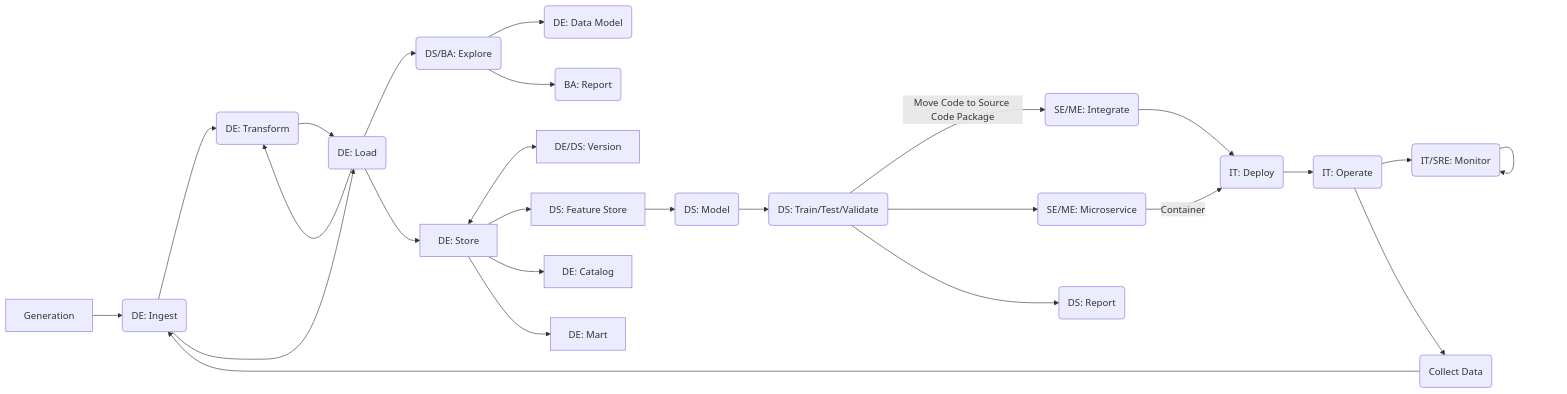
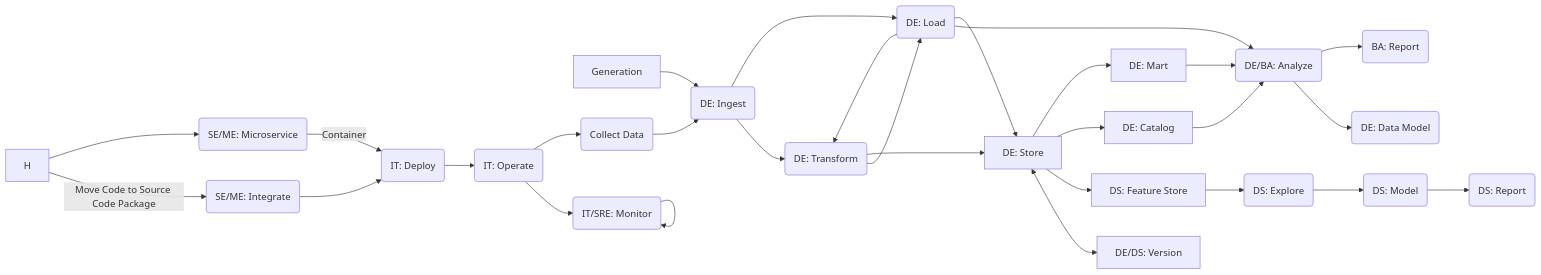
The diagram in docs/docs/index.md (mraarone/dsbaseline), drawn with Mermaid before and after one commit.

````diff
--- a/docs/docs/index.md
+++ b/docs/docs/index.md
@@ -118,16 +118,17 @@
 ```mermaid
 flowchart LR
-    A[Generation] --> B(DE: Ingest) --> C(DE: Transform) --> D(DE: Load) --> E(DS/BA: Explore) --> G(DE: Data Model)
+    A[Generation] --> B(DE: Ingest) --> C(DE: Transform) --> D(DE: Load) --> E(DE/BA: Analyze) --> G(DE: Data Model)
     H -->|Move Code to Source Code Package| O(SE/ME: Integrate) --> Q(IT: Deploy) --> R(IT: Operate) --> S(IT/SRE: Monitor) --> S
     H --> P(SE/ME: Microservice) -->|Container| Q
     R --> U(Collect Data) --> B
     E --> T(BA: Report)
     B --> D
     D --> C
     D --> J[DE: Store]
+    C --> J
     J <--> L[DE/DS: Version]
     J --> N[DS: Feature Store]
-    J --> K[DE: Catalog]
-    J --> M[DE: Mart]
-    N --> V(DS: Model) --> H(DS: Train/Test/Validate) --> I(DS: Report)
+    J --> K[DE: Catalog] --> E
+    J --> M[DE: Mart] --> E
+    N --> V(DS: Explore) --> W(DS: Model) --> I(DS: Report)
 ```
````
